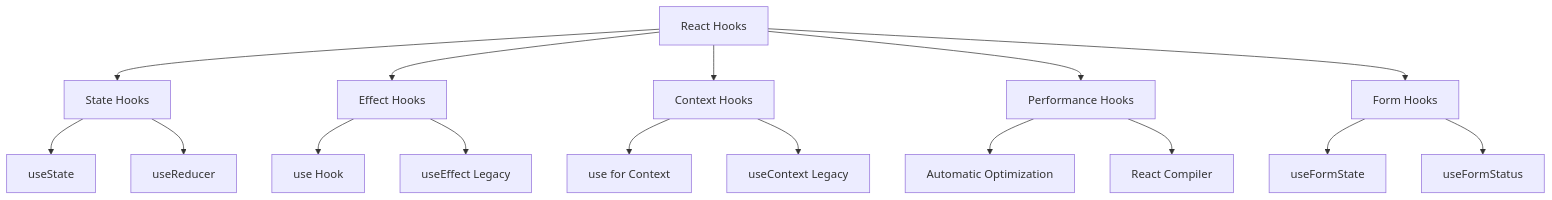
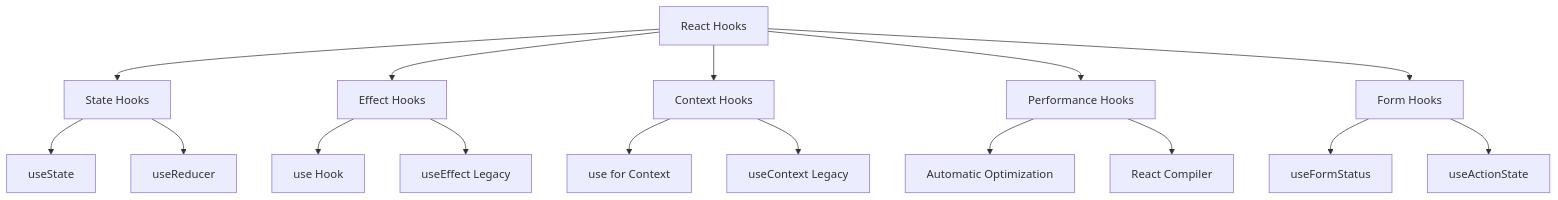
One commit to Oluwasetemi/react-note changed the first of 9 diagrams in pages/hooks.md. Above: the diagram before and after it, drawn with Mermaid. The commit also changed other lines of this file and 18 other files, not shown here.

````diff
--- a/pages/hooks.md
+++ b/pages/hooks.md
@@ -41,23 +44,23 @@
 ```mermaid
 graph TD
     A[React Hooks] --> B[State Hooks]
     A --> C[Effect Hooks]
     A --> D[Context Hooks]
     A --> E[Performance Hooks]
     A --> F[Form Hooks]
 
     B --> B1[useState]
     B --> B2[useReducer]
 
     C --> C1[use Hook]
     C --> C2[useEffect Legacy]
 
     D --> D1[use for Context]
     D --> D2[useContext Legacy]
 
     E --> E1[Automatic Optimization]
     E --> E2[React Compiler]
 
-    F --> F1[useFormState]
-    F --> F2[useFormStatus]
+    F --> F1[useFormStatus]
+    F --> F2[useActionState]
 ```
````
